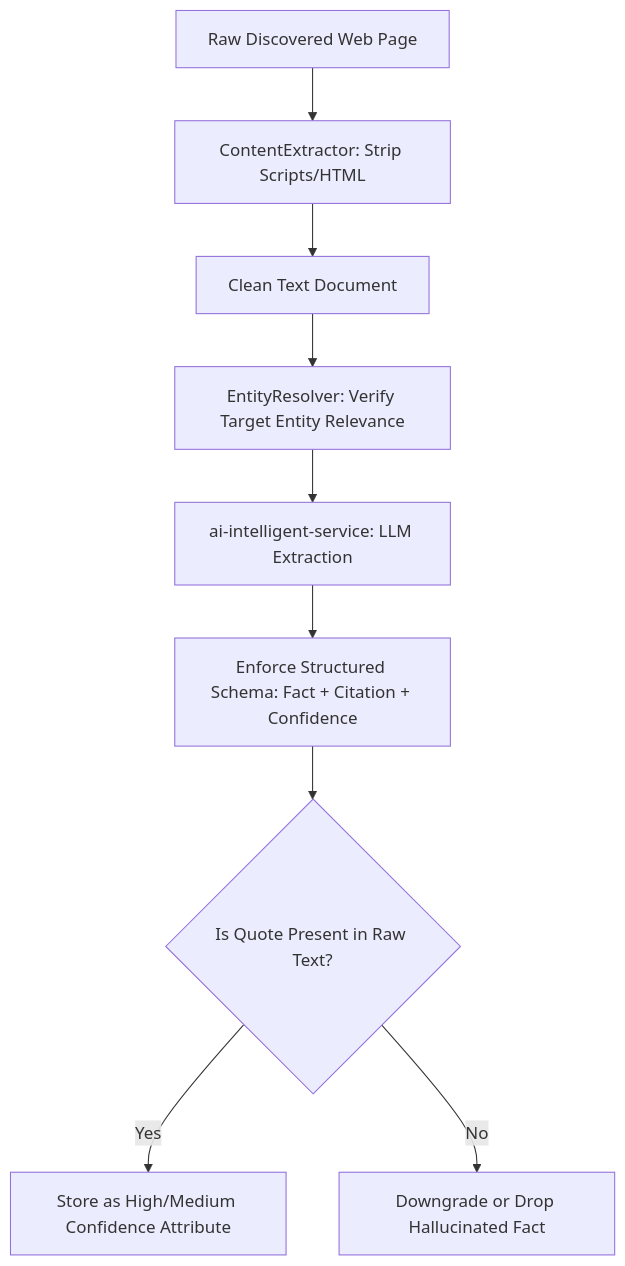
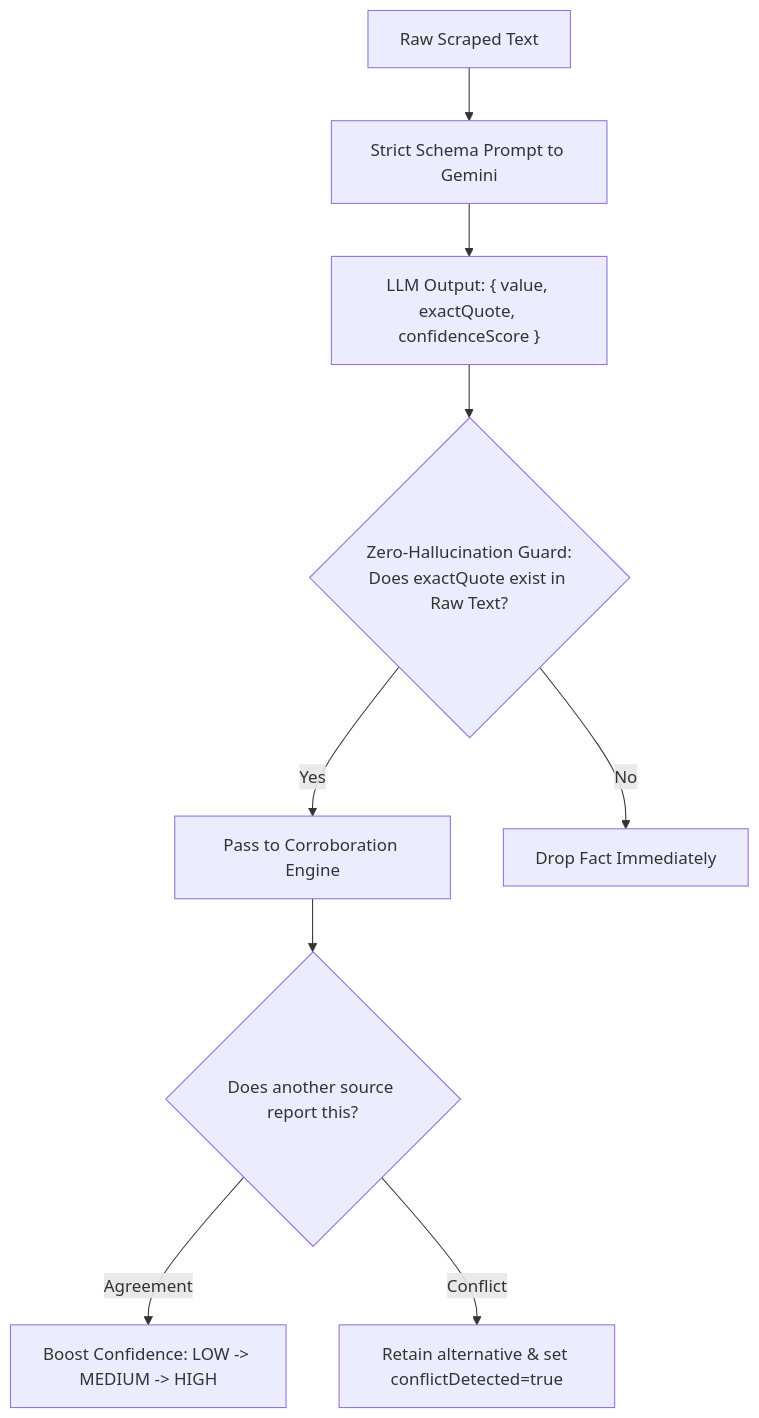
Before and after one commit to parvagr247/data-enrichment-ai-intelligence: the diagram in docs/learning/06-evidence-grounded-ai-extraction.md, drawn with Mermaid. The commit also changed other lines of this file and 200 other files, not shown here.

````diff
--- a/docs/learning/06-evidence-grounded-ai-extraction.md
+++ b/docs/learning/06-evidence-grounded-ai-extraction.md
@@ -9,11 +27,13 @@
 ```mermaid
 flowchart TD
-    Raw[Raw Discovered Web Page] --> ContentExt[ContentExtractor: Strip Scripts/HTML]
-    ContentExt --> Chunks[Clean Text Document]
-    Chunks --> Resolver[EntityResolver: Verify Target Entity Relevance]
-    Resolver --> AI[ai-intelligent-service: LLM Extraction]
-    AI --> Schema[Enforce Structured Schema: Fact + Citation + Confidence]
-    Schema --> GroundingCheck{"Is Quote Present in Raw Text?"}
-    GroundingCheck -->|Yes| Verified[Store as High/Medium Confidence Attribute]
-    GroundingCheck -->|No| Filtered[Downgrade or Drop Hallucinated Fact]
+    Raw[Raw Scraped Text] --> Prompt[Strict Schema Prompt to Gemini]
+    Prompt --> LLMOutput["LLM Output: { value, exactQuote, confidenceScore }"]
+    
+    LLMOutput --> Guard{"Zero-Hallucination Guard:<br/>Does exactQuote exist in Raw Text?"}
+    Guard -->|Yes| Accepted[Pass to Corroboration Engine]
+    Guard -->|No| Rejected[Drop Fact Immediately]
+    
+    Accepted --> Corroborate{"Does another source report this?"}
+    Corroborate -->|Agreement| Boost[Boost Confidence: LOW -> MEDIUM -> HIGH]
+    Corroborate -->|Conflict| Flag[Retain alternative & set conflictDetected=true]
 ```
````
